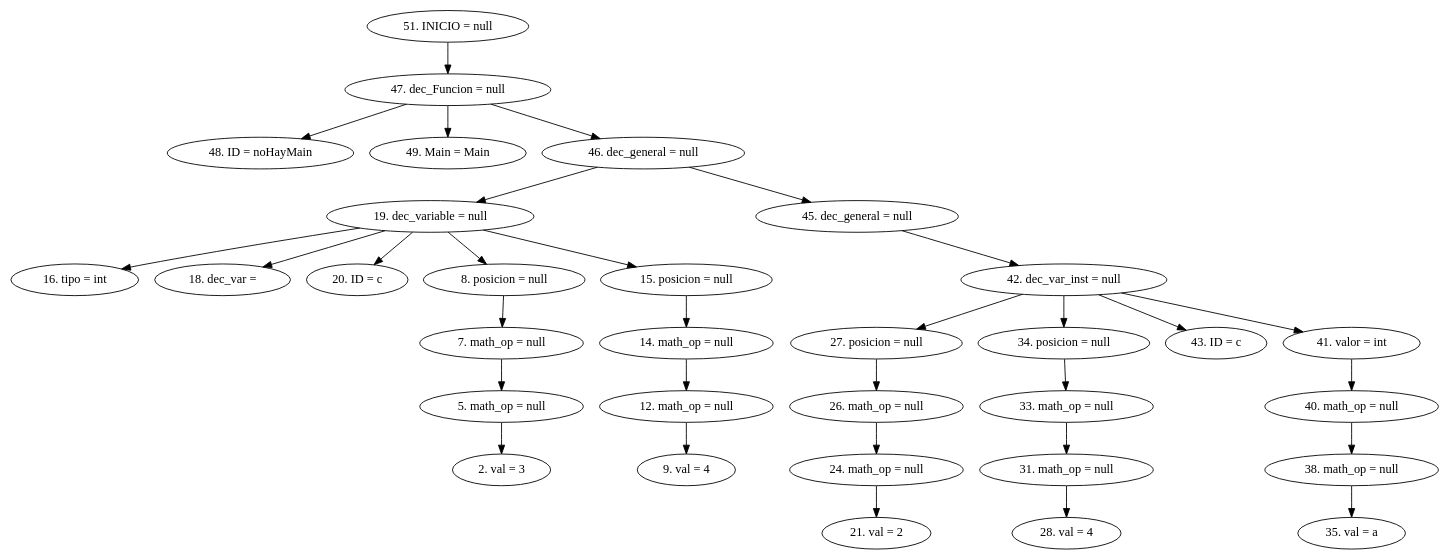
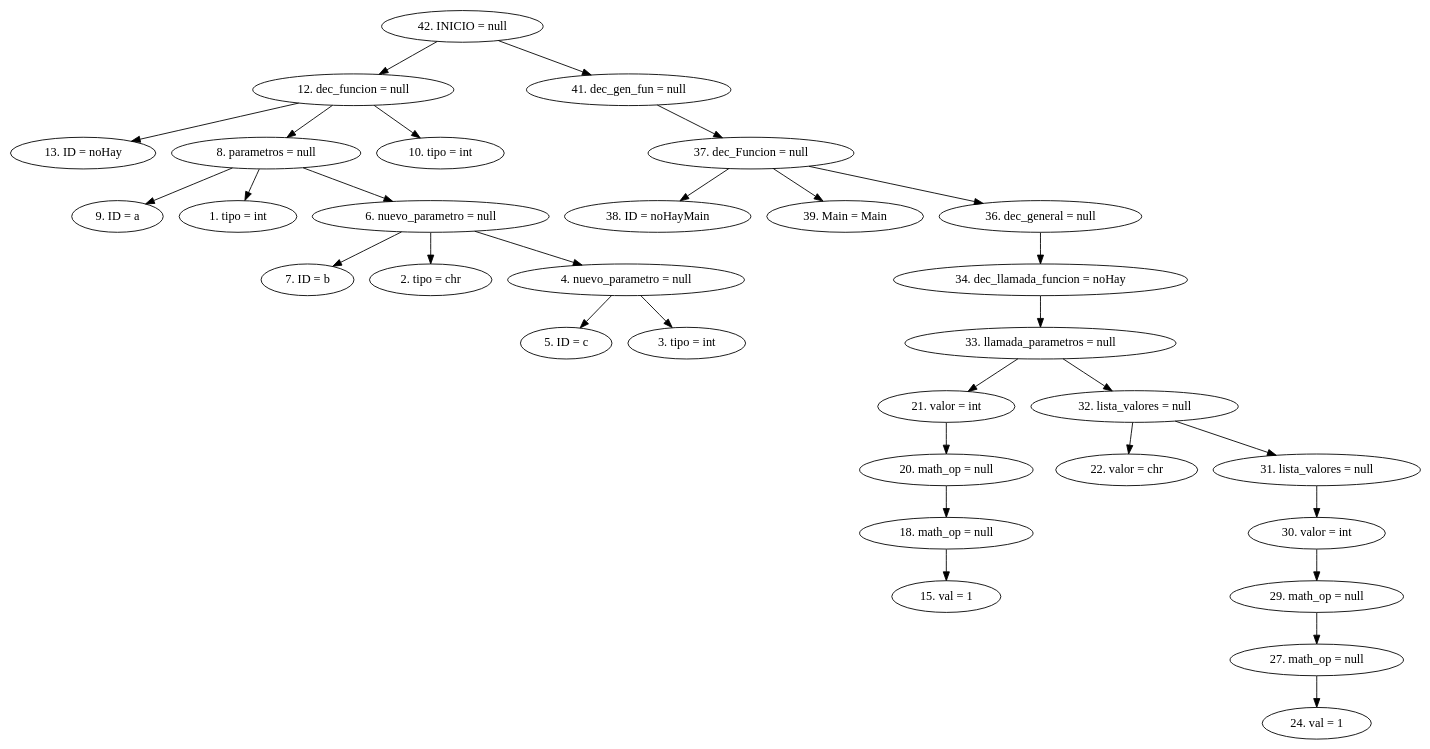
The diagram in AST.dot (CarlosSosVos/NACHTs), drawn with Graphviz before and after one commit. The commit also changed 9 other files, not shown here.

```diff
--- a/AST.dot
+++ b/AST.dot
@@ -1,35 +1,34 @@
 digraph G {
-"51. INICIO = null"->"47. dec_Funcion = null"
-"47. dec_Funcion = null"->"48. ID = noHayMain"
-"47. dec_Funcion = null"->"49. Main = Main"
-"47. dec_Funcion = null"->"46. dec_general = null"
-"46. dec_general = null"->"19. dec_variable = null"
-"19. dec_variable = null"->"16. tipo = int"
-"19. dec_variable = null"->"18. dec_var = "
-"19. dec_variable = null"->"20. ID = c"
-"19. dec_variable = null"->"8. posicion = null"
-"8. posicion = null"->"7. math_op = null"
-"7. math_op = null"->"5. math_op = null"
-"5. math_op = null"->"2. val = 3"
-"19. dec_variable = null"->"15. posicion = null"
-"15. posicion = null"->"14. math_op = null"
-"14. math_op = null"->"12. math_op = null"
-"12. math_op = null"->"9. val = 4"
-"46. dec_general = null"->"45. dec_general = null"
-"45. dec_general = null"->"42. dec_var_inst = null"
-"42. dec_var_inst = null"->"27. posicion = null"
-"27. posicion = null"->"26. math_op = null"
-"26. math_op = null"->"24. math_op = null"
-"24. math_op = null"->"21. val = 2"
-"42. dec_var_inst = null"->"34. posicion = null"
-"34. posicion = null"->"33. math_op = null"
-"33. math_op = null"->"31. math_op = null"
-"31. math_op = null"->"28. val = 4"
-"42. dec_var_inst = null"->"43. ID = c"
-"42. dec_var_inst = null"->"41. valor = int"
-"41. valor = int"->"40. math_op = null"
-"40. math_op = null"->"38. math_op = null"
-"38. math_op = null"->"35. val = a"
+"42. INICIO = null"->"12. dec_funcion = null"
+"12. dec_funcion = null"->"13. ID = noHay"
+"12. dec_funcion = null"->"8. parametros = null"
+"8. parametros = null"->"9. ID = a"
+"8. parametros = null"->"1. tipo = int"
+"8. parametros = null"->"6. nuevo_parametro = null"
+"6. nuevo_parametro = null"->"7. ID = b"
+"6. nuevo_parametro = null"->"2. tipo = chr"
+"6. nuevo_parametro = null"->"4. nuevo_parametro = null"
+"4. nuevo_parametro = null"->"5. ID = c"
+"4. nuevo_parametro = null"->"3. tipo = int"
+"12. dec_funcion = null"->"10. tipo = int"
+"42. INICIO = null"->"41. dec_gen_fun = null"
+"41. dec_gen_fun = null"->"37. dec_Funcion = null"
+"37. dec_Funcion = null"->"38. ID = noHayMain"
+"37. dec_Funcion = null"->"39. Main = Main"
+"37. dec_Funcion = null"->"36. dec_general = null"
+"36. dec_general = null"->"34. dec_llamada_funcion = noHay"
+"34. dec_llamada_funcion = noHay"->"33. llamada_parametros = null"
+"33. llamada_parametros = null"->"21. valor = int"
+"21. valor = int"->"20. math_op = null"
+"20. math_op = null"->"18. math_op = null"
+"18. math_op = null"->"15. val = 1"
+"33. llamada_parametros = null"->"32. lista_valores = null"
+"32. lista_valores = null"->"22. valor = chr"
+"32. lista_valores = null"->"31. lista_valores = null"
+"31. lista_valores = null"->"30. valor = int"
+"30. valor = int"->"29. math_op = null"
+"29. math_op = null"->"27. math_op = null"
+"27. math_op = null"->"24. val = 1"
 
 
 }
```
